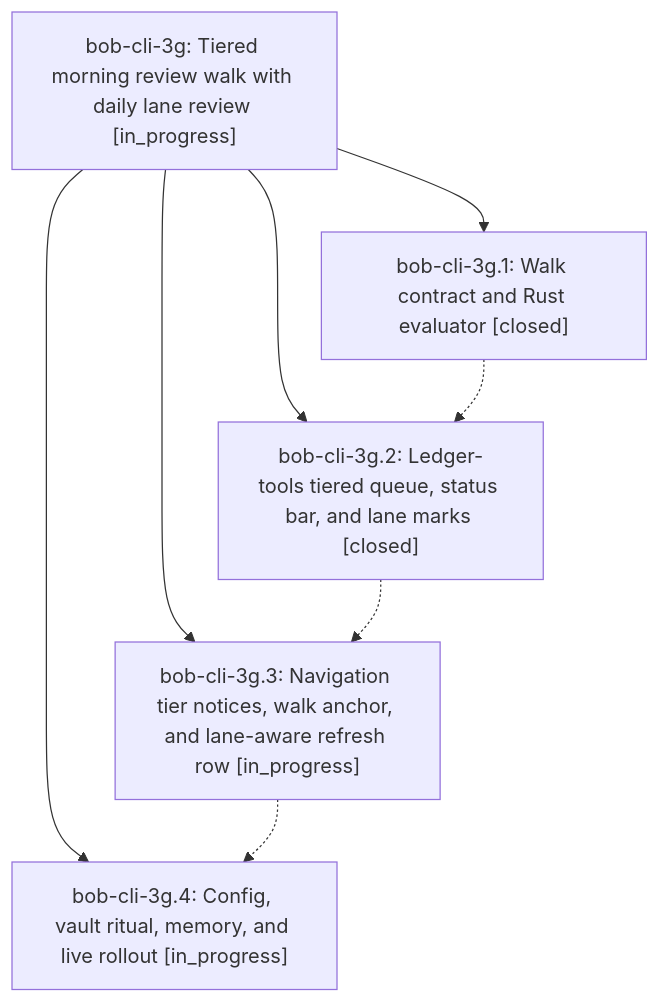
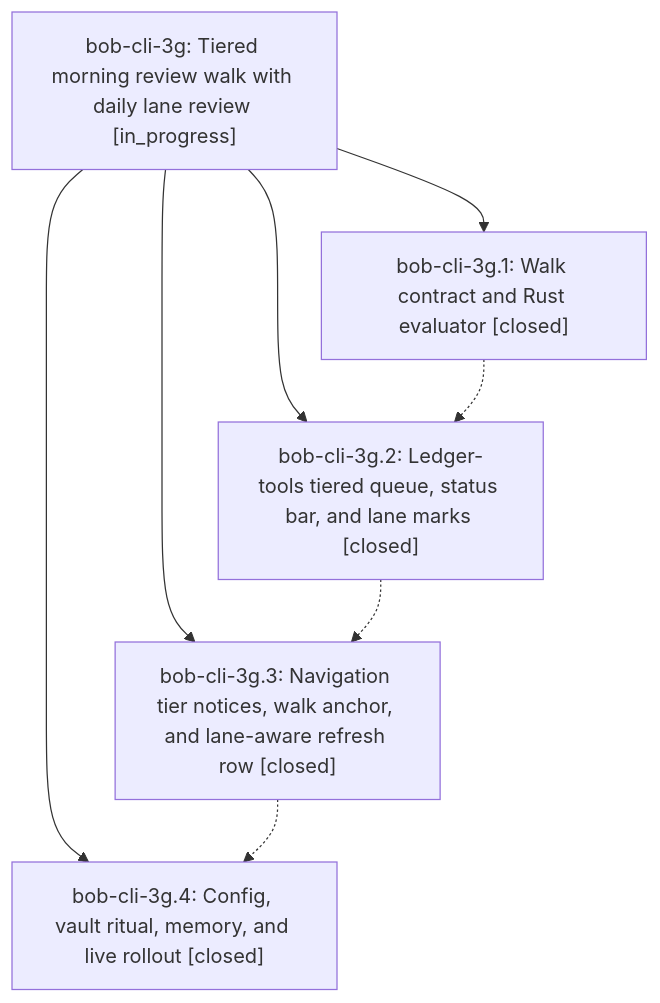
Before and after one commit to bobs-org/bob-cli--beads: the diagram in pages/bob-cli-3g/README.md, drawn with Mermaid. The commit also changed other lines of this file and 3 other files, not shown here.

First line of the commit message:
chore(beads): sync bead state and pages for bob-cli-3g

````diff
--- a/pages/bob-cli-3g/README.md
+++ b/pages/bob-cli-3g/README.md
@@ -25,15 +29,15 @@
 ```mermaid
 flowchart TD
     n0["bob-cli-3g: Tiered morning review walk with daily lane review [in_progress]"]
     n1["bob-cli-3g.1: Walk contract and Rust evaluator [closed]"]
     n2["bob-cli-3g.2: Ledger-tools tiered queue, status bar, and lane marks [closed]"]
-    n3["bob-cli-3g.3: Navigation tier notices, walk anchor, and lane-aware refresh row [in_progress]"]
-    n4["bob-cli-3g.4: Config, vault ritual, memory, and live rollout [in_progress]"]
+    n3["bob-cli-3g.3: Navigation tier notices, walk anchor, and lane-aware refresh row [closed]"]
+    n4["bob-cli-3g.4: Config, vault ritual, memory, and live rollout [closed]"]
     n0 --> n1
     n0 --> n2
     n0 --> n3
     n0 --> n4
     n1 -.-> n2
     n2 -.-> n3
     n3 -.-> n4
 ```
````
